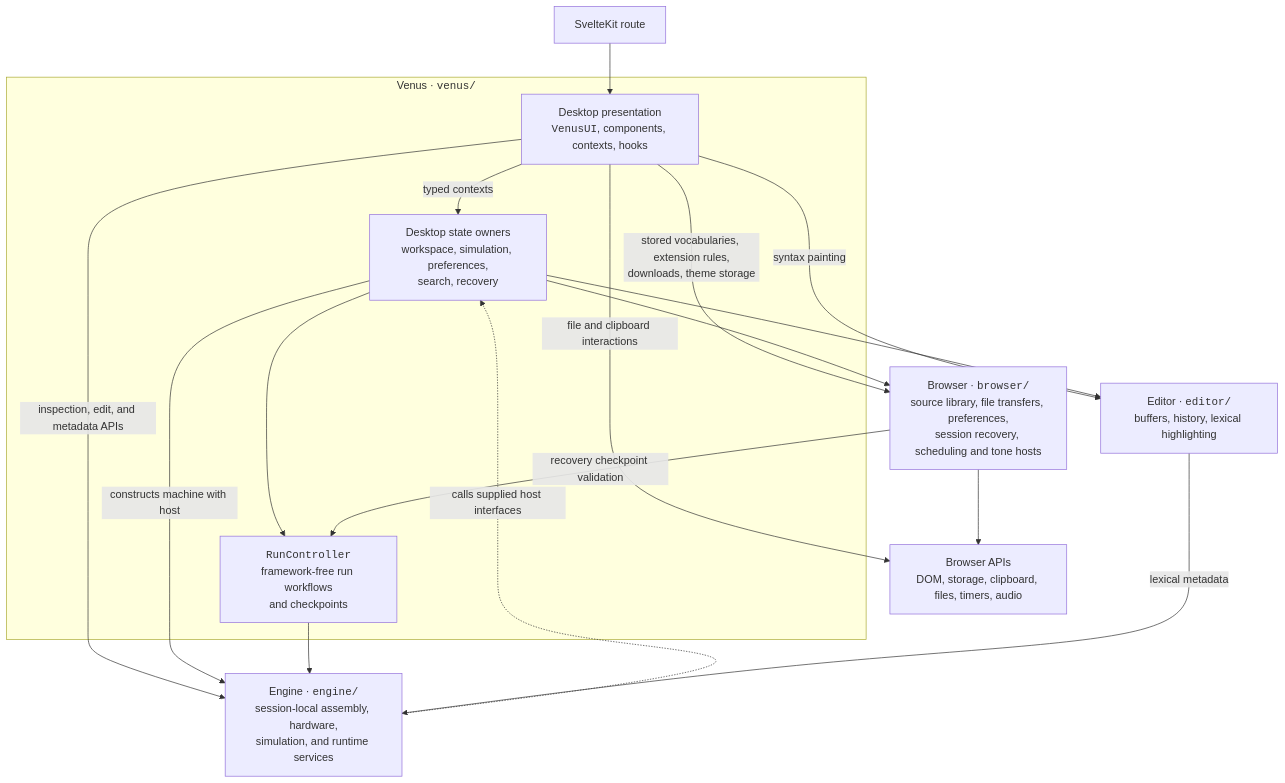
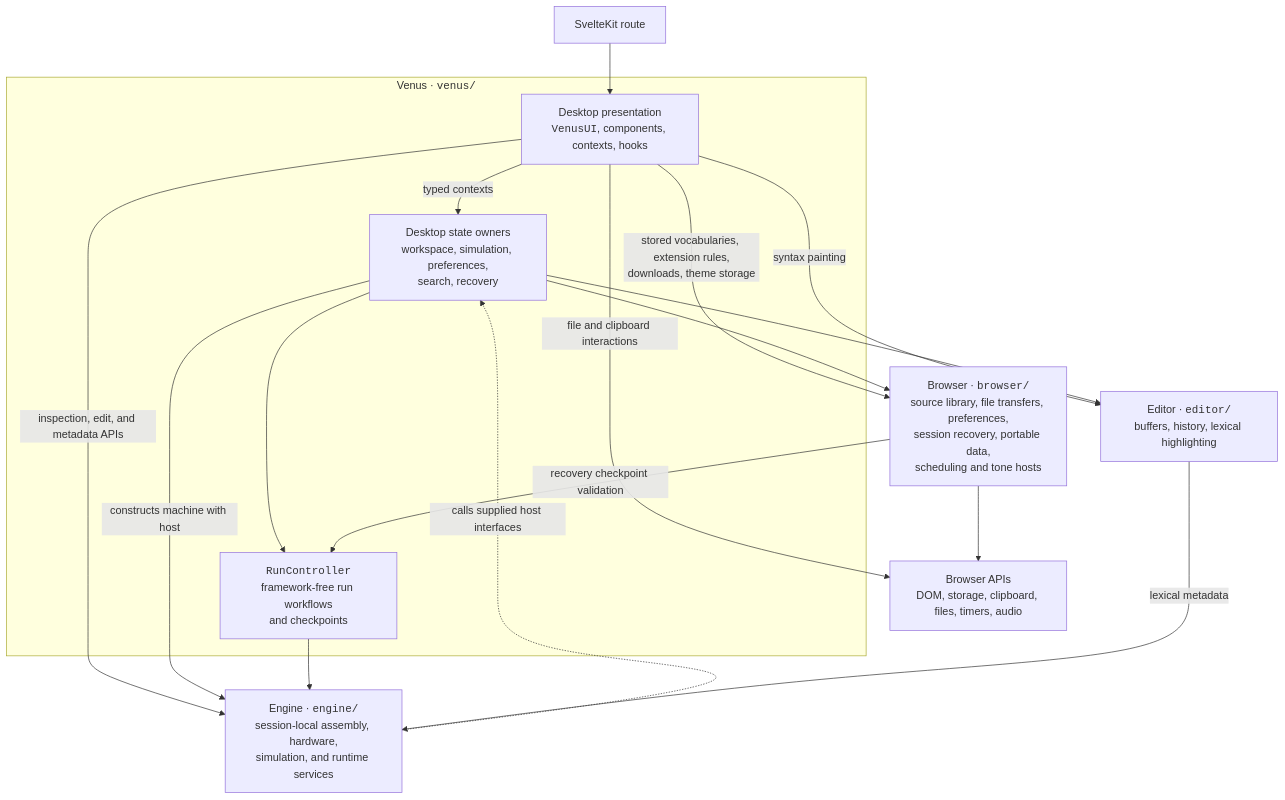
The diagram in src/lib/README.md (awpala/MARS-ts), drawn with Mermaid before and after one commit. The commit also changed other lines of this file and 79 other files, not shown here.

````diff
--- a/src/lib/README.md
+++ b/src/lib/README.md
@@ -13,31 +13,31 @@
 ```mermaid
 flowchart TB
     Route["SvelteKit route"]
     Platform["Browser APIs<br/>DOM, storage, clipboard, files, timers, audio"]
 
     subgraph VenusModule["Venus · <code>venus/</code>"]
         Views["Desktop presentation<br/><code>VenusUI</code>, components, contexts, hooks"]
         State["Desktop state owners<br/>workspace, simulation, preferences,<br/>search, recovery"]
         Controller["<code>RunController</code><br/>framework-free run workflows<br/>and checkpoints"]
         Views -->|typed contexts| State
         State --> Controller
     end
 
     Editor["Editor · <code>editor/</code><br/>buffers, history, lexical highlighting"]
-    Browser["Browser · <code>browser/</code><br/>source library, file transfers, preferences,<br/>session recovery, scheduling and tone hosts"]
+    Browser["Browser · <code>browser/</code><br/>source library, file transfers, preferences,<br/>session recovery, portable data,<br/>scheduling and tone hosts"]
     Engine["Engine · <code>engine/</code><br/>session-local assembly, hardware,<br/>simulation, and runtime services"]
 
     Route --> Views
     Views -->|syntax painting| Editor
     Views -->|stored vocabularies, extension rules,<br/>downloads, theme storage| Browser
     Views -->|file and clipboard interactions| Platform
     Views -->|inspection, edit, and metadata APIs| Engine
     State --> Editor
     State --> Browser
     State -->|constructs machine with host| Engine
     Controller --> Engine
     Editor -->|lexical metadata| Engine
     Browser --> Platform
     Browser -->|recovery checkpoint validation| Controller
     Engine -.->|calls supplied host interfaces| State
 ```
````
